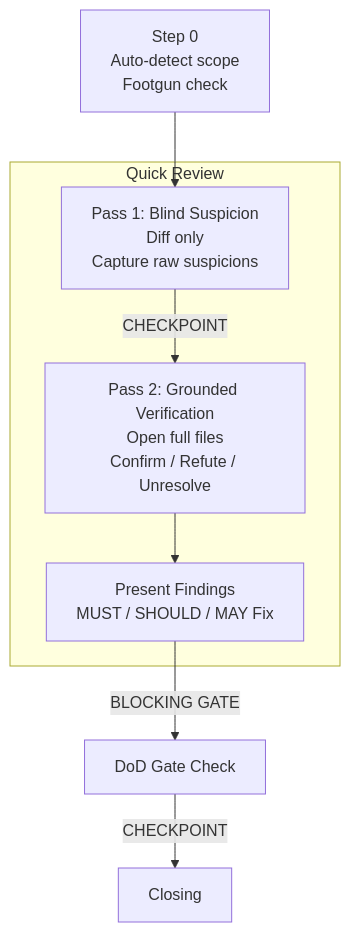
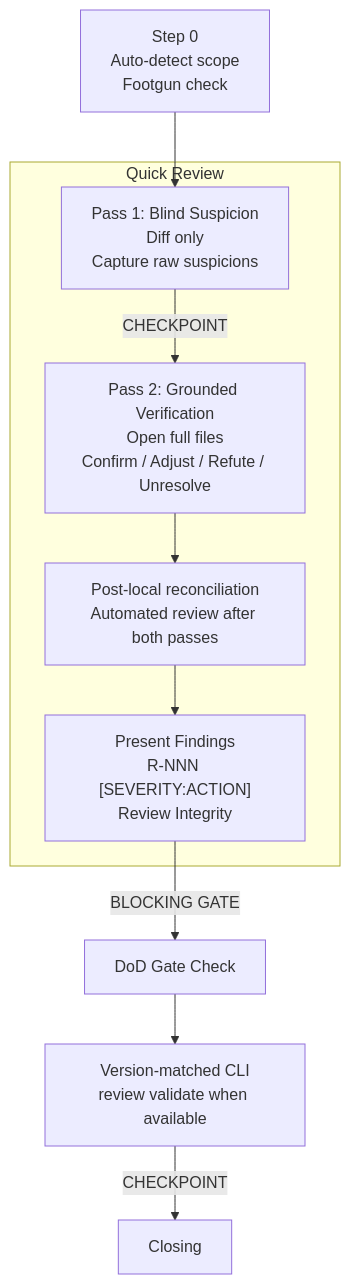
Before and after one commit to blundergoat/goat-flow: the sixth of 9 diagrams in docs/skills.md, drawn with Mermaid. The commit also changed other lines of this file and 8 other files, not shown here.

````diff
--- a/docs/skills.md
+++ b/docs/skills.md
@@ -208,13 +208,15 @@
 ```mermaid
 flowchart TD
     S0["Step 0\nAuto-detect scope\nFootgun check"] --> R1
 
     subgraph Review["Quick Review"]
         R1["Pass 1: Blind Suspicion\nDiff only\nCapture raw suspicions"]
-        R1 -->|"CHECKPOINT"| R2["Pass 2: Grounded Verification\nOpen full files\nConfirm / Refute / Unresolve"]
-        R2 --> R3["Present Findings\nMUST / SHOULD / MAY Fix"]
+        R1 -->|"CHECKPOINT"| R2["Pass 2: Grounded Verification\nOpen full files\nConfirm / Adjust / Refute / Unresolve"]
+        R2 --> AR["Post-local reconciliation\nAutomated review after both passes"]
+        AR --> R3["Present Findings\nR-NNN [SEVERITY:ACTION]\nReview Integrity"]
     end
 
     R3 -->|"BLOCKING GATE"| DoD["DoD Gate Check"]
-    DoD -->|"CHECKPOINT"| Close["Closing"]
+    DoD --> V["Version-matched CLI\nreview validate when available"]
+    V -->|"CHECKPOINT"| Close["Closing"]
 ```
````
